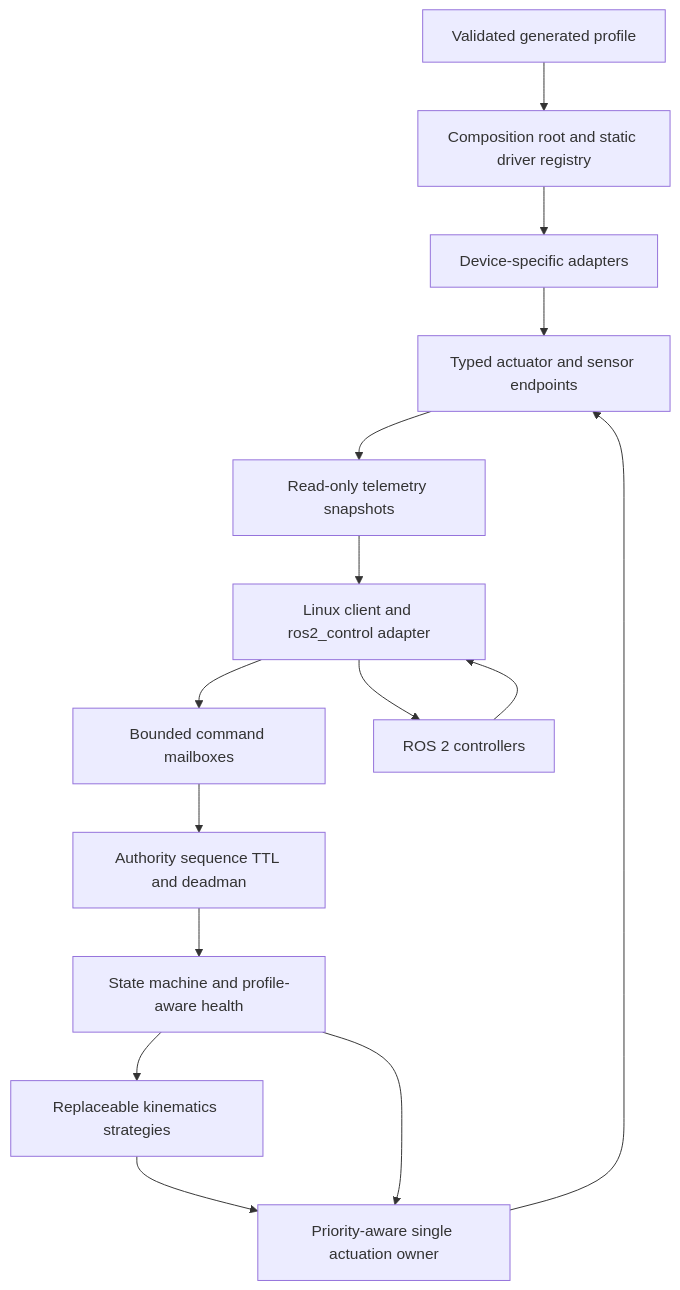
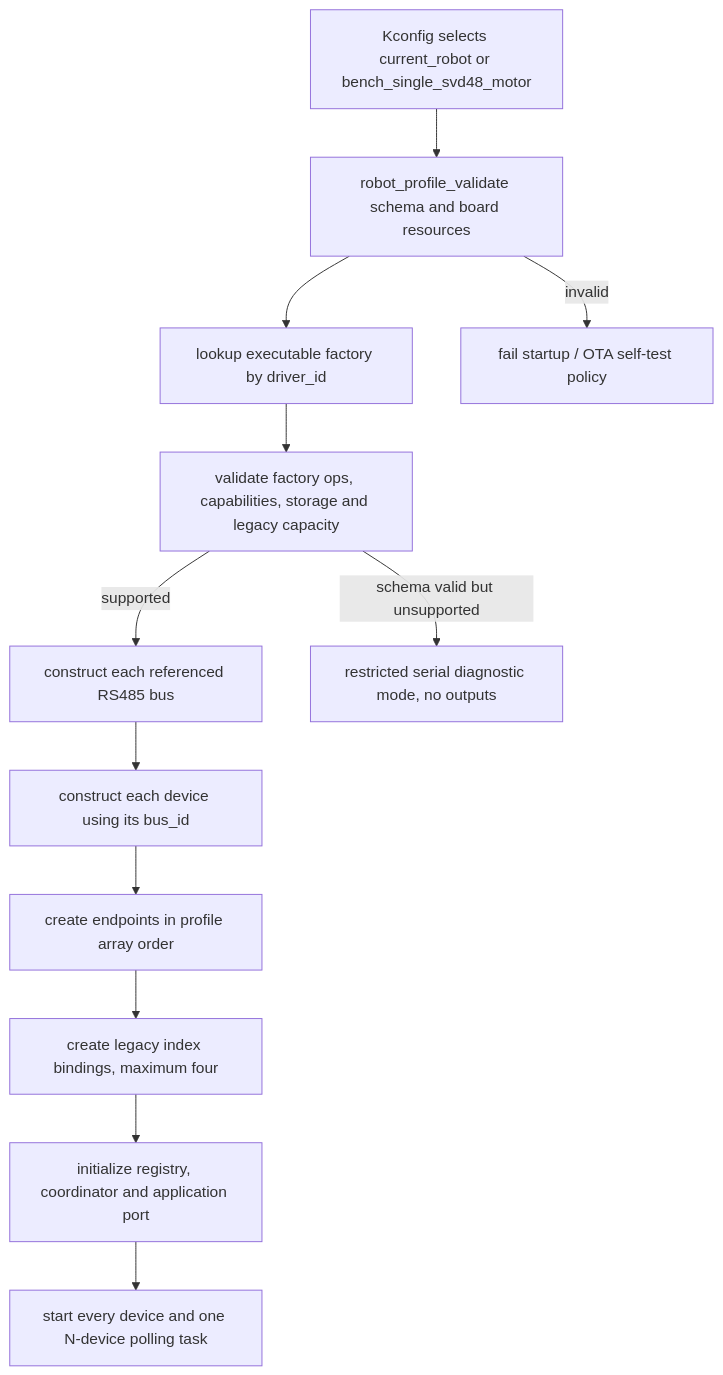
Before and after one commit to juanpmz2001/sistema-motriz-rs485: the fourth of 5 diagrams in docs/ARCHITECTURE.md, drawn with Mermaid. The commit also changed other lines of this file and 67 other files, not shown here.

First line of the commit message:
refactor: complete SVD48 device composition iteration (#5)

````diff
--- a/docs/ARCHITECTURE.md
+++ b/docs/ARCHITECTURE.md
@@ -147,21 +150,21 @@
 ```mermaid
 flowchart TD
-  PROFILE[Validated generated profile]
-  FACTORY[Composition root and static driver registry]
-  DEVICES[Device-specific adapters]
-  ENDPOINTS[Typed actuator and sensor endpoints]
-  ROUTER[Bounded command mailboxes]
-  AUTH[Authority sequence TTL and deadman]
-  STATE[State machine and profile-aware health]
-  MOTION[Replaceable kinematics strategies]
-  OWNER[Priority-aware single actuation owner]
-  SNAP[Read-only telemetry snapshots]
-  BRIDGE[Linux client and ros2_control adapter]
-  ROS[ROS 2 controllers]
+  SELECT[Kconfig selects current_robot or bench_single_svd48_motor]
+  SCHEMA[robot_profile_validate schema and board resources]
+  LOOKUP[lookup executable factory by driver_id]
+  CAPACITY[validate factory ops, capabilities, storage and legacy capacity]
+  BUSES[construct each referenced RS485 bus]
+  DEVICES[construct each device using its bus_id]
+  ENDPOINTS[create endpoints in profile array order]
+  LEGACY[create legacy index bindings, maximum four]
+  APP[initialize registry, coordinator and application port]
+  START[start every device and one N-device polling task]
+  DIAG[restricted serial diagnostic mode, no outputs]
+  FAIL[fail startup / OTA self-test policy]
 
-  PROFILE --> FACTORY --> DEVICES --> ENDPOINTS
-  BRIDGE --> ROUTER --> AUTH --> STATE --> MOTION --> OWNER --> ENDPOINTS
-  ENDPOINTS --> SNAP --> BRIDGE --> ROS
-  ROS --> BRIDGE
-  STATE --> OWNER
+  SELECT --> SCHEMA
+  SCHEMA -->|invalid| FAIL
+  SCHEMA --> LOOKUP --> CAPACITY
+  CAPACITY -->|schema valid but unsupported| DIAG
+  CAPACITY -->|supported| BUSES --> DEVICES --> ENDPOINTS --> LEGACY --> APP --> START
 ```
````
